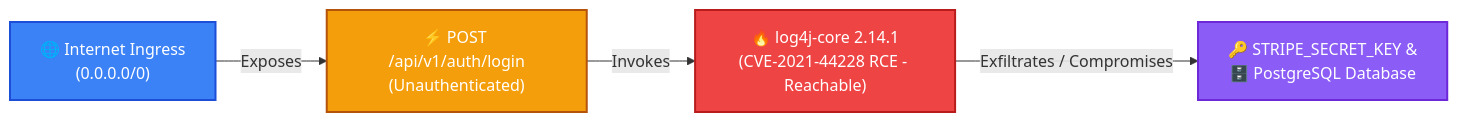
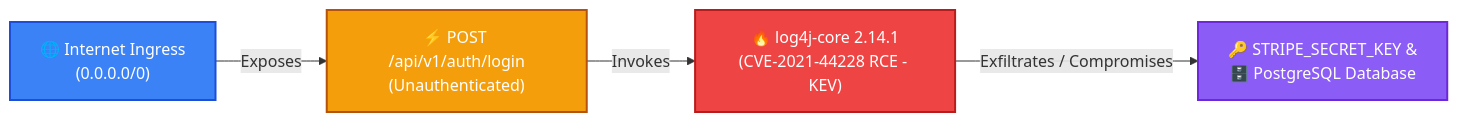
Before and after one commit to asmolabs/vectispire: the diagram in docs/en/ATTACK_PATH_VISUALIZER.md, drawn with Mermaid. The commit also changed other lines of this file and 10 other files, not shown here.

````diff
--- a/docs/en/ATTACK_PATH_VISUALIZER.md
+++ b/docs/en/ATTACK_PATH_VISUALIZER.md
@@ -15,11 +15,11 @@
 ```mermaid
 flowchart LR
     A["🌐 Internet Ingress\n(0.0.0.0/0)"] -->|Exposes| B["⚡ POST /api/v1/auth/login\n(Unauthenticated)"]
-    B -->|Invokes| C["🔥 log4j-core 2.14.1\n(CVE-2021-44228 RCE - Reachable)"]
+    B -->|Invokes| C["🔥 log4j-core 2.14.1\n(CVE-2021-44228 RCE - KEV)"]
     C -->|Exfiltrates / Compromises| D["🔑 STRIPE_SECRET_KEY &\n🗄️ PostgreSQL Database"]
 
     style A fill:#3b82f6,stroke:#1d4ed8,stroke-width:2px,color:#fff
     style B fill:#f59e0b,stroke:#b45309,stroke-width:2px,color:#fff
     style C fill:#ef4444,stroke:#b91c1c,stroke-width:2px,color:#fff
     style D fill:#8b5cf6,stroke:#6d28d9,stroke-width:2px,color:#fff
 ```
````
